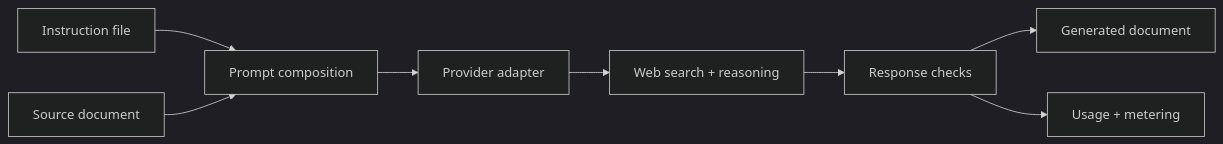
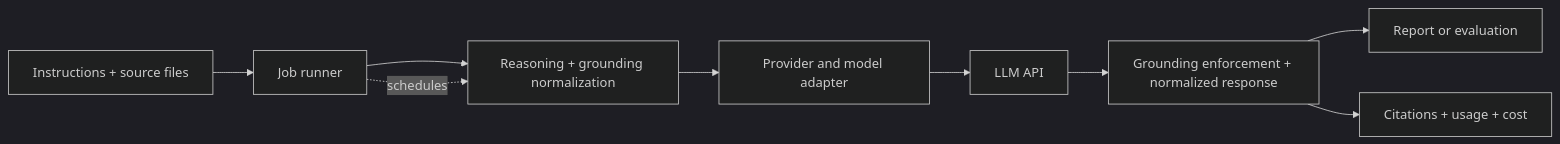
The diagram in README.md (morganross/FilePromptForge), drawn with Mermaid (dark theme) before and after one commit. The commit also changed other lines of this file and 1 other file, not shown here.

Commit message:
Reframe FilePromptForge product positioning

````diff
--- a/README.md
+++ b/README.md
@@ -43,10 +59,11 @@
 ```mermaid
 flowchart LR
-    A[Instruction file] --> C[Prompt composition]
-    B[Source document] --> C
-    C --> D[Provider adapter]
-    D --> E[Web search + reasoning]
-    E --> F[Response checks]
-    F --> G[Generated document]
-    F --> H[Usage + metering]
+    A[Instructions + source files] --> B[Job runner]
+    B --> C[Reasoning + grounding normalization]
+    C --> D[Provider and model adapter]
+    D --> E[LLM API]
+    E --> F[Grounding enforcement + normalized response]
+    F --> G[Report or evaluation]
+    F --> H[Citations + usage + cost]
+    B -. schedules .-> C
 ```
````
